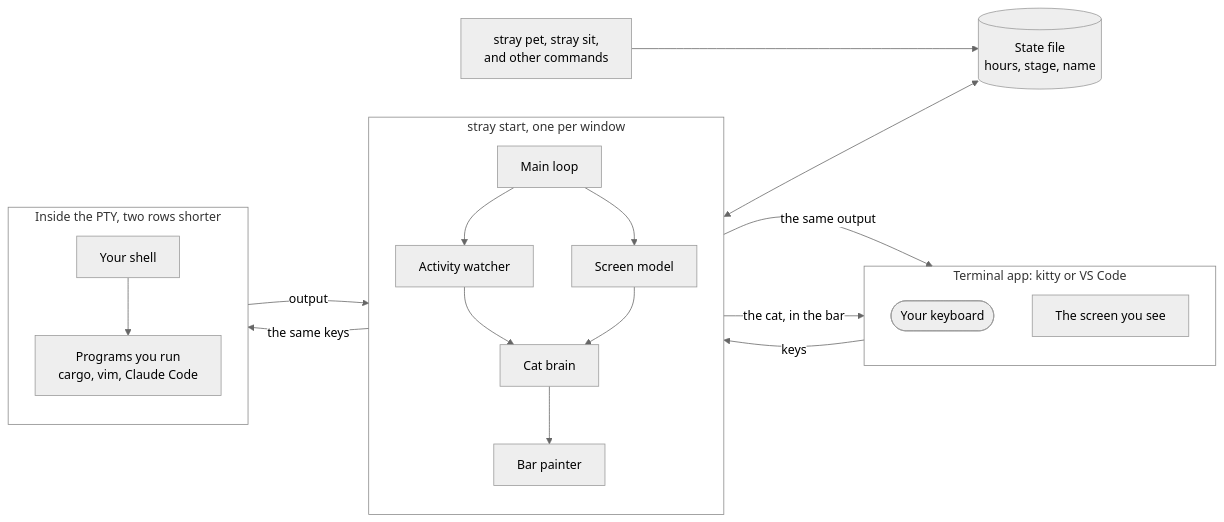
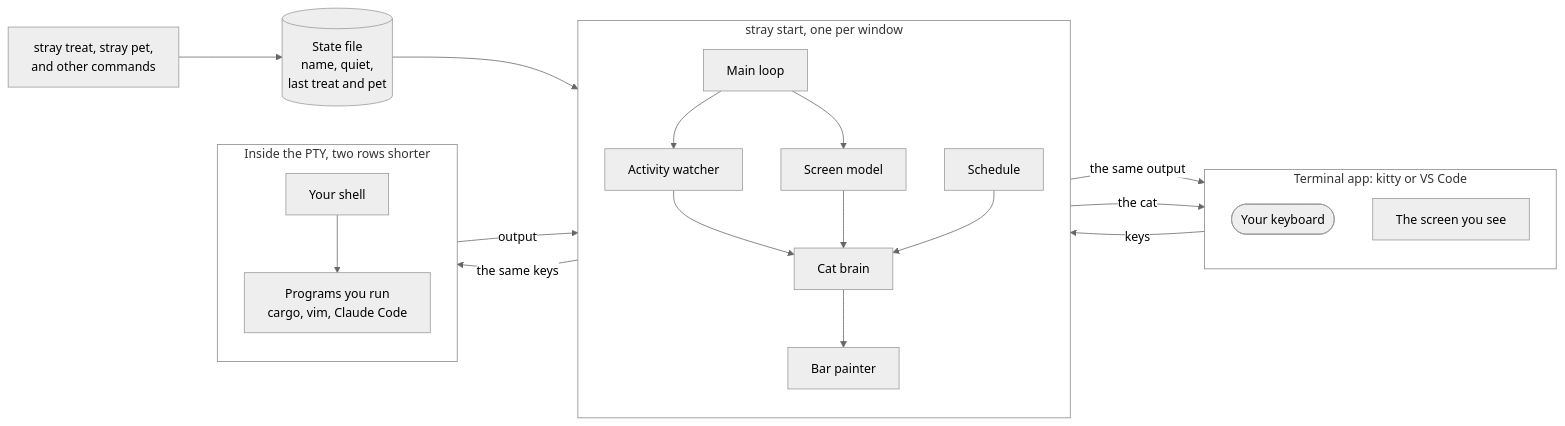
One commit to ado11231/stray changed the first of 5 diagrams in docs/ARCHITECTURE.md. Above: the diagram before and after it, drawn with Mermaid (neutral theme). The commit also changed other lines of this file and 3 other files, not shown here.

````diff
--- a/docs/ARCHITECTURE.md
+++ b/docs/ARCHITECTURE.md
@@ -60,44 +61,46 @@
 ```mermaid
 flowchart LR
     subgraph Term["Terminal app: kitty or VS Code"]
         direction TB
         Keys(["Your keyboard"])
         Screen["The screen you see"]
     end
 
     subgraph Wrapper["stray start, one per window"]
         direction TB
         Loop["Main loop"]
         Model["Screen model"]
         Watch["Activity watcher"]
+        Clock["Schedule"]
         Brain["Cat brain"]
         Bar["Bar painter"]
         Loop --> Model
         Loop --> Watch
         Watch --> Brain
         Model --> Brain
+        Clock --> Brain
         Brain --> Bar
     end
 
     subgraph Inside["Inside the PTY, two rows shorter"]
         direction TB
         Shell["Your shell"]
         Progs["Programs you run<br/>cargo, vim, Claude Code"]
         Shell --> Progs
     end
 
-    State[("State file<br/>hours, stage, name")]
-    Cmds["stray pet, stray sit,<br/>and other commands"]
+    State[("State file<br/>name, quiet,<br/>last treat and pet")]
+    Cmds["stray treat, stray pet,<br/>and other commands"]
 
     Keys -->|keys| Loop
     Loop -->|the same keys| Shell
     Shell -->|output| Loop
     Loop -->|the same output| Screen
-    Bar -->|the cat, in the bar| Screen
-    Brain <--> State
+    Bar -->|the cat| Screen
+    State --> Brain
     Cmds --> State
 
     style Term fill:none,stroke:#888
     style Wrapper fill:none,stroke:#888
     style Inside fill:none,stroke:#888
 ```
````
